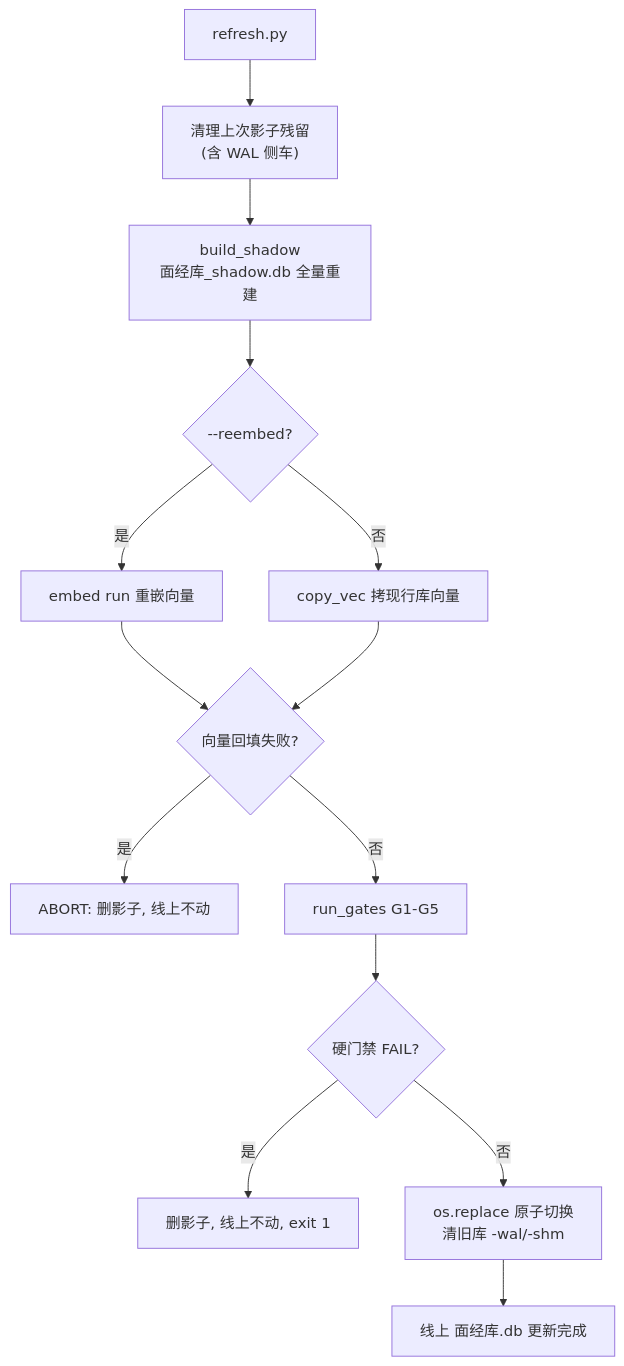
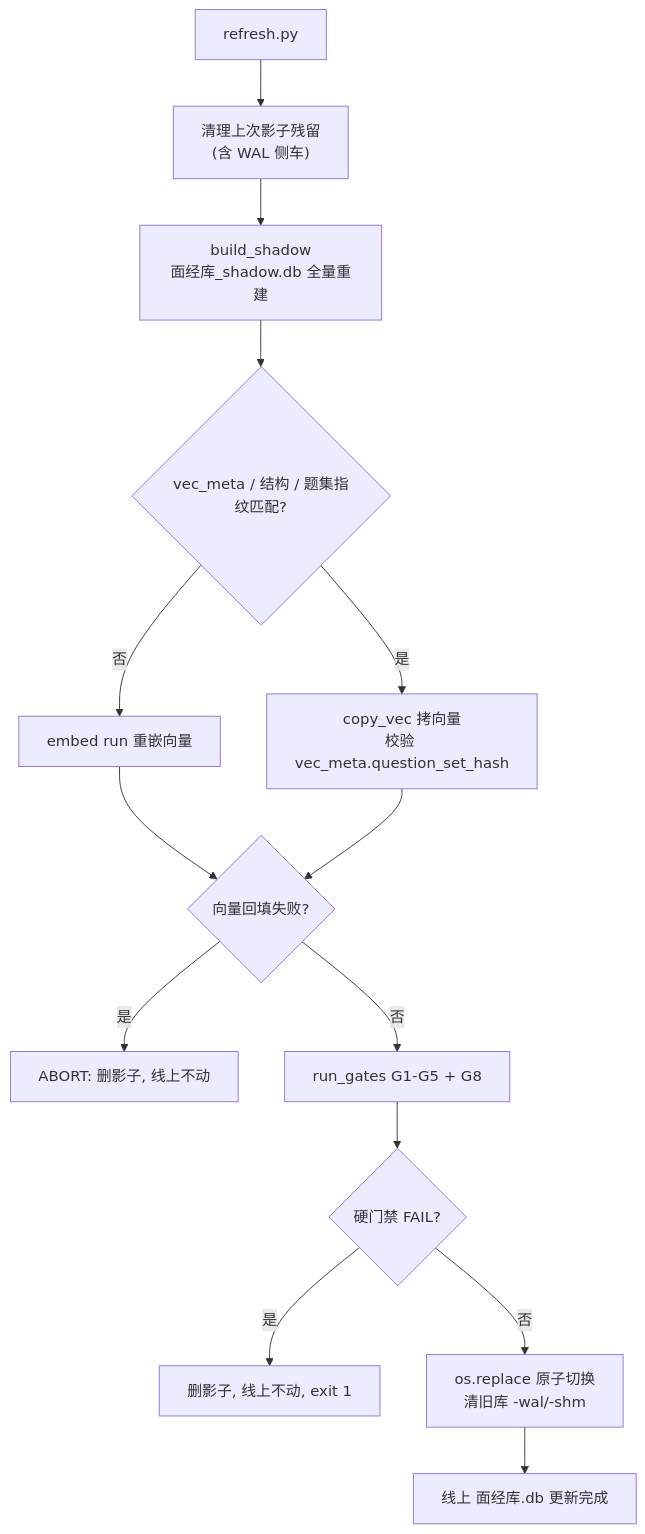
The ninth of 10 diagrams in docs/19-功能流程图.md (libai4hao/mianjing-kb), drawn with Mermaid before and after one commit. The commit also changed other lines of this file and 6 other files, not shown here.

Commit message:
docs: add code map and align flowchart with T29/T31 state

````diff
--- a/docs/19-功能流程图.md
+++ b/docs/19-功能流程图.md
@@ -221,16 +236,16 @@
 ```mermaid
 flowchart TD
     A["refresh.py"] --> B["清理上次影子残留<br/>(含 WAL 侧车)"]
     B --> C["build_shadow<br/>面经库_shadow.db 全量重建"]
-    C --> D{"--reembed?"}
-    D -->|是| E["embed run 重嵌向量"]
-    D -->|否| F["copy_vec 拷现行库向量"]
+    C --> D{"vec_meta / 结构 / 题集指纹匹配?"}
+    D -->|否| E["embed run 重嵌向量"]
+    D -->|是| F["copy_vec 拷向量<br/>校验 vec_meta.question_set_hash"]
     E --> G{"向量回填失败?"}
     F --> G
     G -->|是| H["ABORT: 删影子, 线上不动"]
-    G -->|否| I["run_gates G1-G5"]
+    G -->|否| I["run_gates G1-G5 + G8"]
     I --> J{"硬门禁 FAIL?"}
     J -->|是| K["删影子, 线上不动, exit 1"]
     J -->|否| L["os.replace 原子切换<br/>清旧库 -wal/-shm"]
     L --> M["线上 面经库.db 更新完成"]
 ```
````
